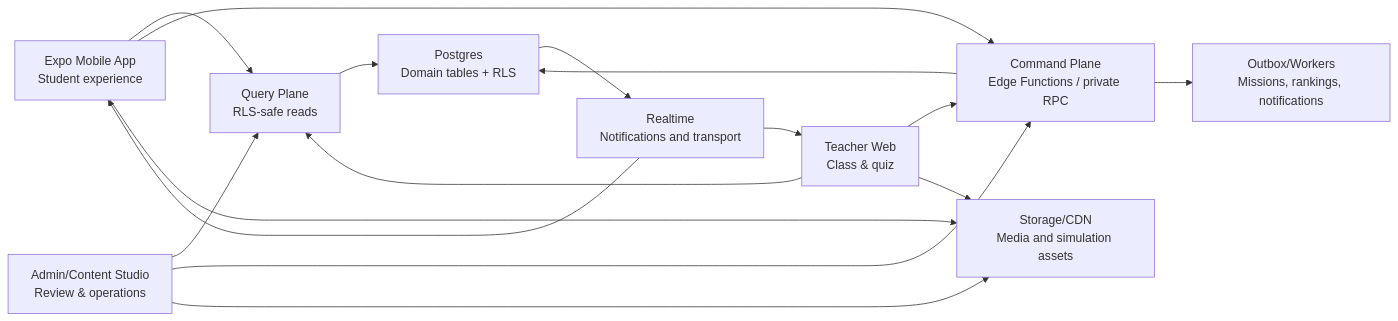
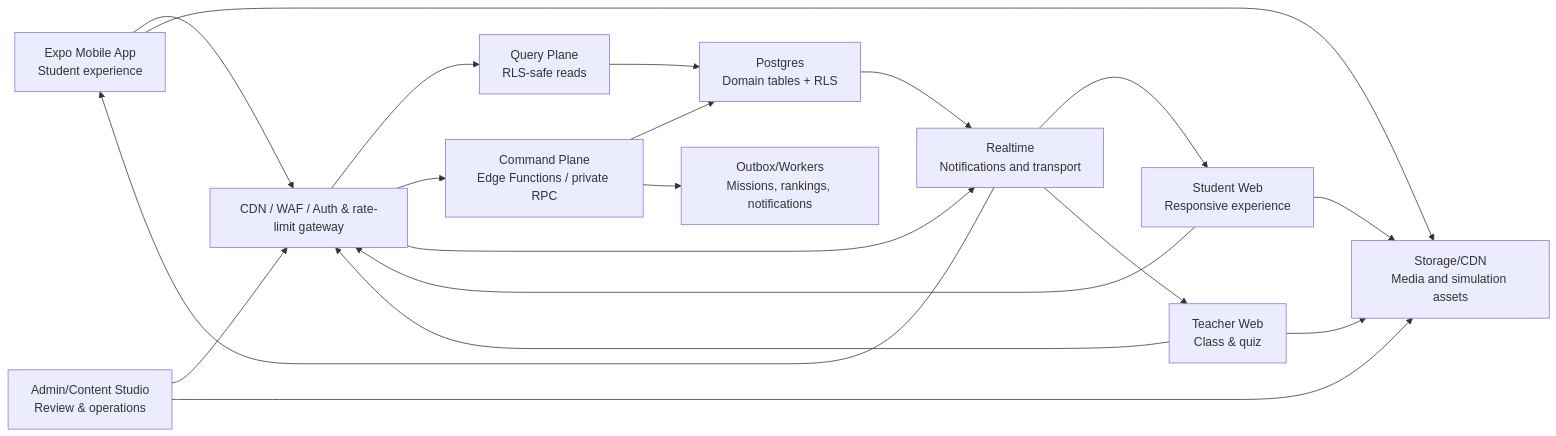
One commit to Alexande610/biolearn-mp changed the first of 3 diagrams in docs/BIOLEARN_V2_SYSTEM_BLUEPRINT.md. Above: the diagram before and after it, drawn with Mermaid. The commit also changed other lines of this file and 29 other files, not shown here.

````diff
--- a/docs/BIOLEARN_V2_SYSTEM_BLUEPRINT.md
+++ b/docs/BIOLEARN_V2_SYSTEM_BLUEPRINT.md
@@ -80,28 +87,33 @@
 ```mermaid
 flowchart LR
   M["Expo Mobile App\nStudent experience"]
+  W["Student Web\nResponsive experience"]
   T["Teacher Web\nClass & quiz"]
   A["Admin/Content Studio\nReview & operations"]
+  E["CDN / WAF / Auth & rate-limit gateway"]
   Q["Query Plane\nRLS-safe reads"]
   C["Command Plane\nEdge Functions / private RPC"]
   D["Postgres\nDomain tables + RLS"]
   R["Realtime\nNotifications and transport"]
   S["Storage/CDN\nMedia and simulation assets"]
   O["Outbox/Workers\nMissions, rankings, notifications"]
 
-  M --> Q
-  T --> Q
-  A --> Q
-  M --> C
-  T --> C
-  A --> C
+  M --> E
+  W --> E
+  T --> E
+  A --> E
+  E --> Q
+  E --> C
+  E --> R
   Q --> D
   C --> D
   C --> O
   D --> R
   R --> M
+  R --> W
   R --> T
   M --> S
+  W --> S
   T --> S
   A --> S
 ```
````
